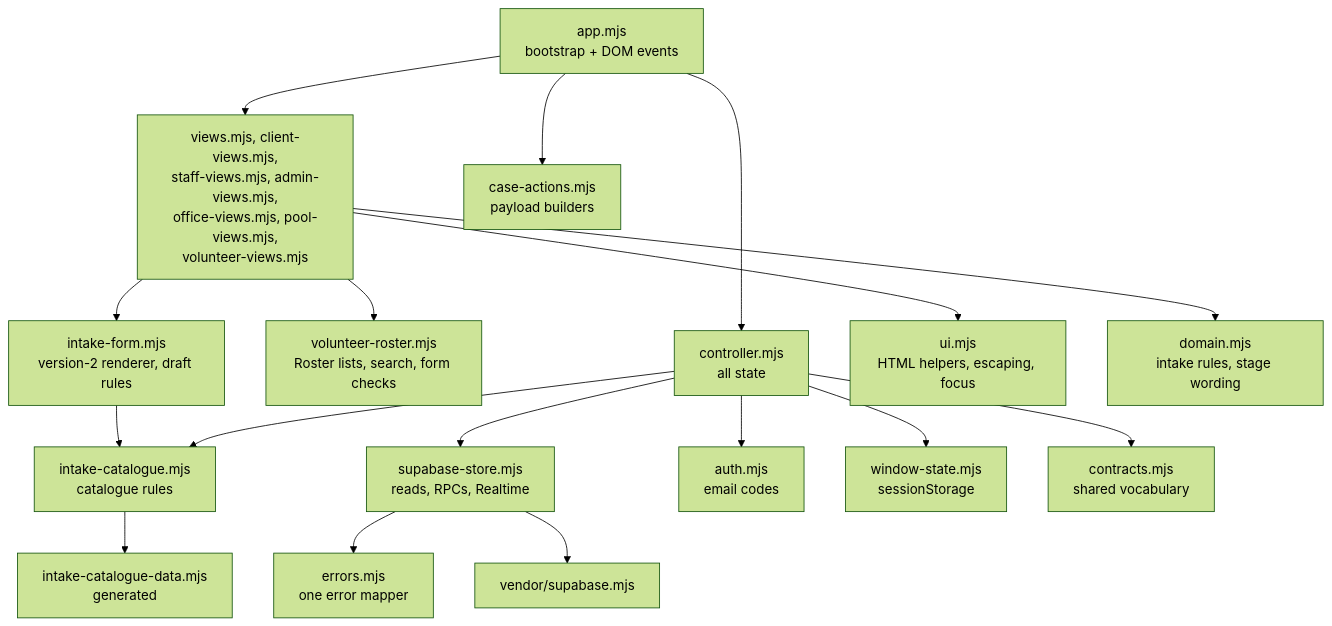
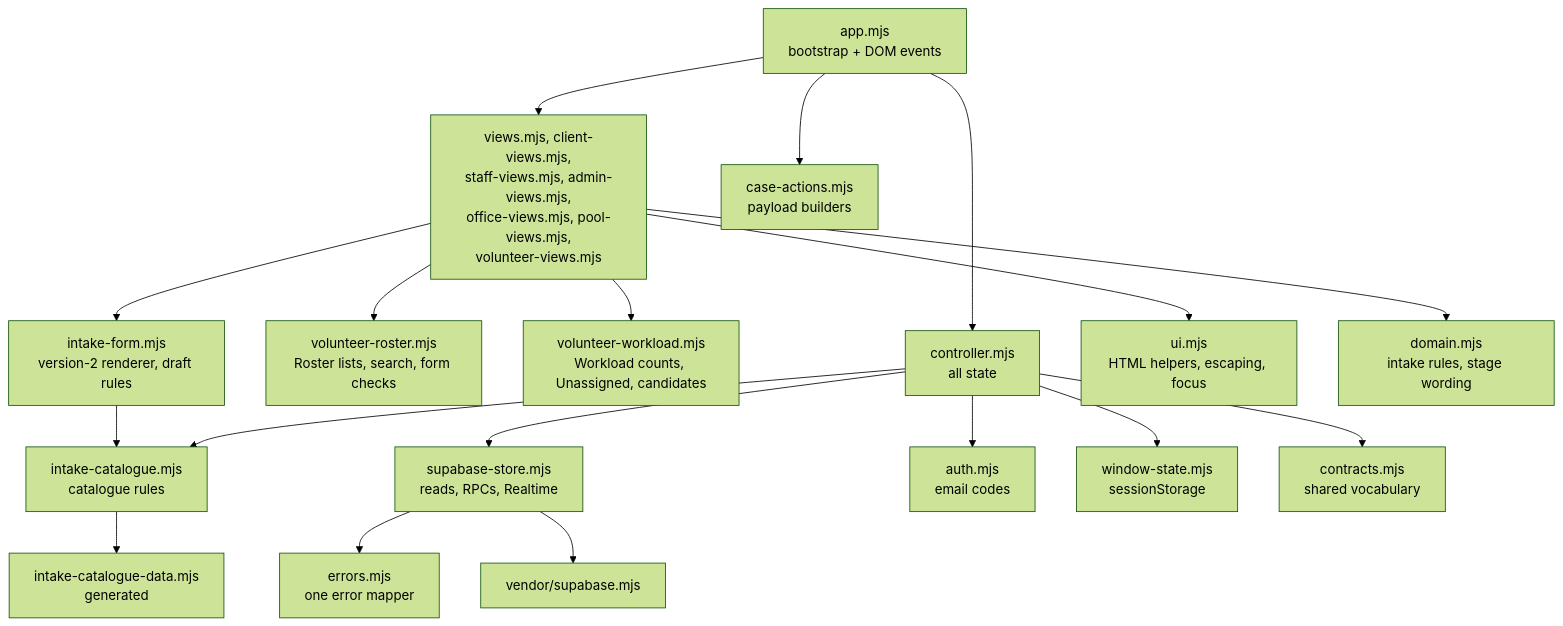
One commit to jin-yu-yang/vitally changed the diagram in docs/developer/frontend.md. Above: the diagram before and after it, drawn with Mermaid (forest theme). The commit also changed other lines of this file and 41 other files, not shown here.

First line of the commit message:
Volunteer workload and reassignment: Workload tab, Assign/Reassign, ASSIGN_CASE (OpenSpec change add-volunteer-workload) (#195)

````diff
--- a/docs/developer/frontend.md
+++ b/docs/developer/frontend.md
@@ -38,19 +38,20 @@
 ```mermaid
 flowchart TD
   app["app.mjs<br/>bootstrap + DOM events"] --> controller["controller.mjs<br/>all state"]
   app --> views["views.mjs, client-views.mjs,<br/>staff-views.mjs, admin-views.mjs,<br/>office-views.mjs, pool-views.mjs,<br/>volunteer-views.mjs"]
   app --> caseActions["case-actions.mjs<br/>payload builders"]
   views --> roster["volunteer-roster.mjs<br/>Roster lists, search, form checks"]
+  views --> workload["volunteer-workload.mjs<br/>Workload counts, Unassigned, candidates"]
   views --> intakeForm["intake-form.mjs<br/>version-2 renderer, draft rules"]
   intakeForm --> catalogue["intake-catalogue.mjs<br/>catalogue rules"]
   controller --> catalogue
   catalogue --> catalogueData["intake-catalogue-data.mjs<br/>generated"]
   controller --> store["supabase-store.mjs<br/>reads, RPCs, Realtime"]
   controller --> auth["auth.mjs<br/>email codes"]
   controller --> windowState["window-state.mjs<br/>sessionStorage"]
   views --> ui["ui.mjs<br/>HTML helpers, escaping, focus"]
   views --> domain["domain.mjs<br/>intake rules, stage wording"]
   store --> errors["errors.mjs<br/>one error mapper"]
   controller --> contracts["contracts.mjs<br/>shared vocabulary"]
   store --> sdk["vendor/supabase.mjs"]
 ```
````
